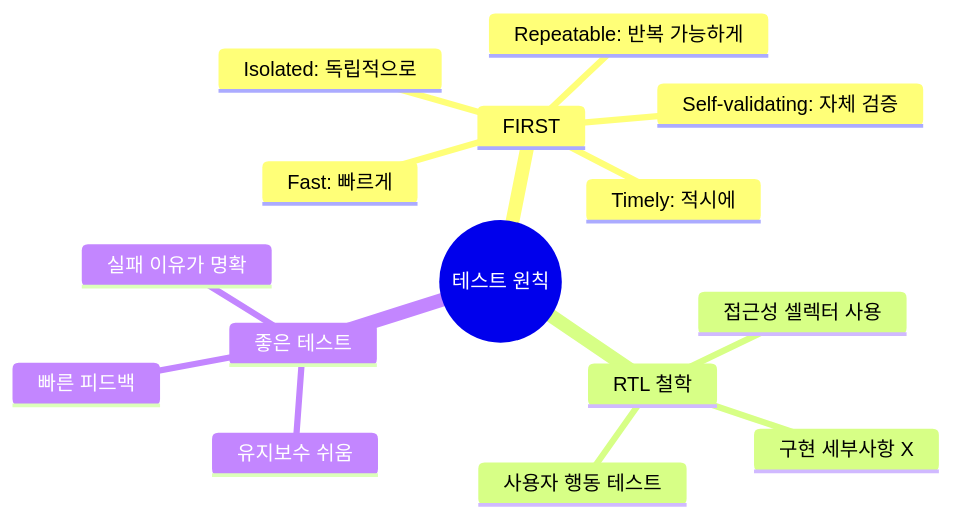
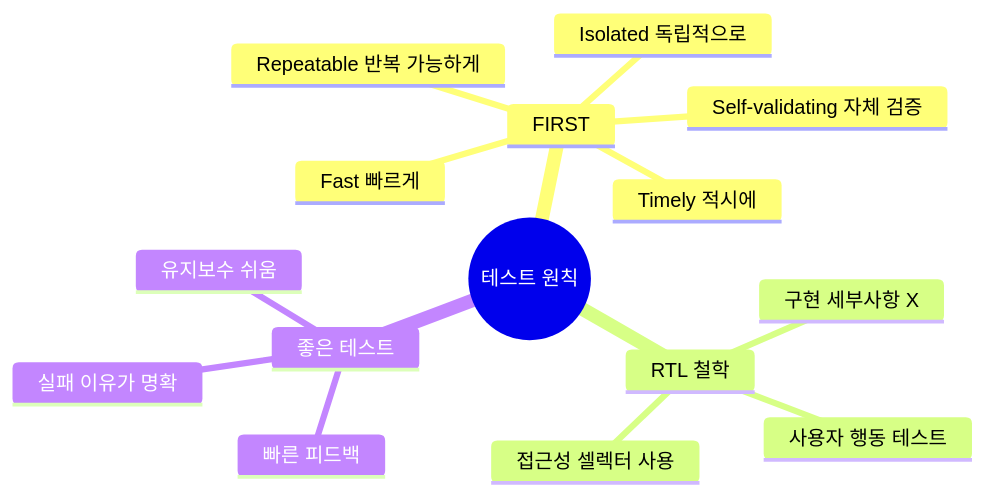
The second of 3 diagrams in _posts/frontend/2026-05-02-frontend-testing.md (yjkim2015/yjkim2015.github.io), drawn with Mermaid before and after one commit. The commit also changed other lines of this file and 122 other files, not shown here.

````diff
--- a/_posts/frontend/2026-05-02-frontend-testing.md
+++ b/_posts/frontend/2026-05-02-frontend-testing.md
@@ -521,18 +364,18 @@
 ```mermaid
 mindmap
   root((테스트 원칙))
     FIRST
-      Fast: 빠르게
-      Isolated: 독립적으로
-      Repeatable: 반복 가능하게
-      Self-validating: 자체 검증
-      Timely: 적시에
+      Fast 빠르게
+      Isolated 독립적으로
+      Repeatable 반복 가능하게
+      Self-validating 자체 검증
+      Timely 적시에
     RTL 철학
       구현 세부사항 X
       사용자 행동 테스트
       접근성 셀렉터 사용
     좋은 테스트
       실패 이유가 명확
       유지보수 쉬움
       빠른 피드백
 ```
````
